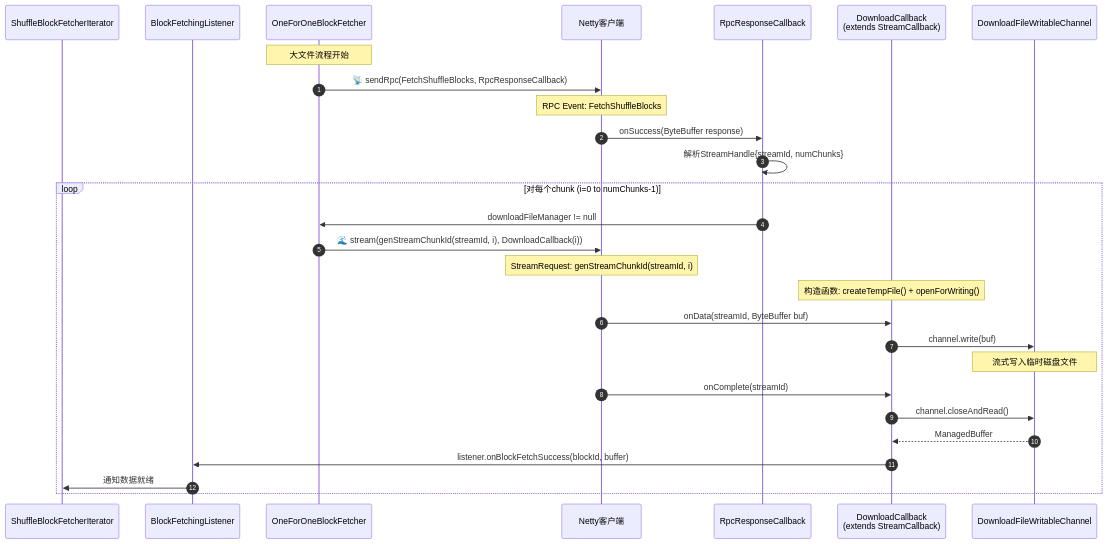
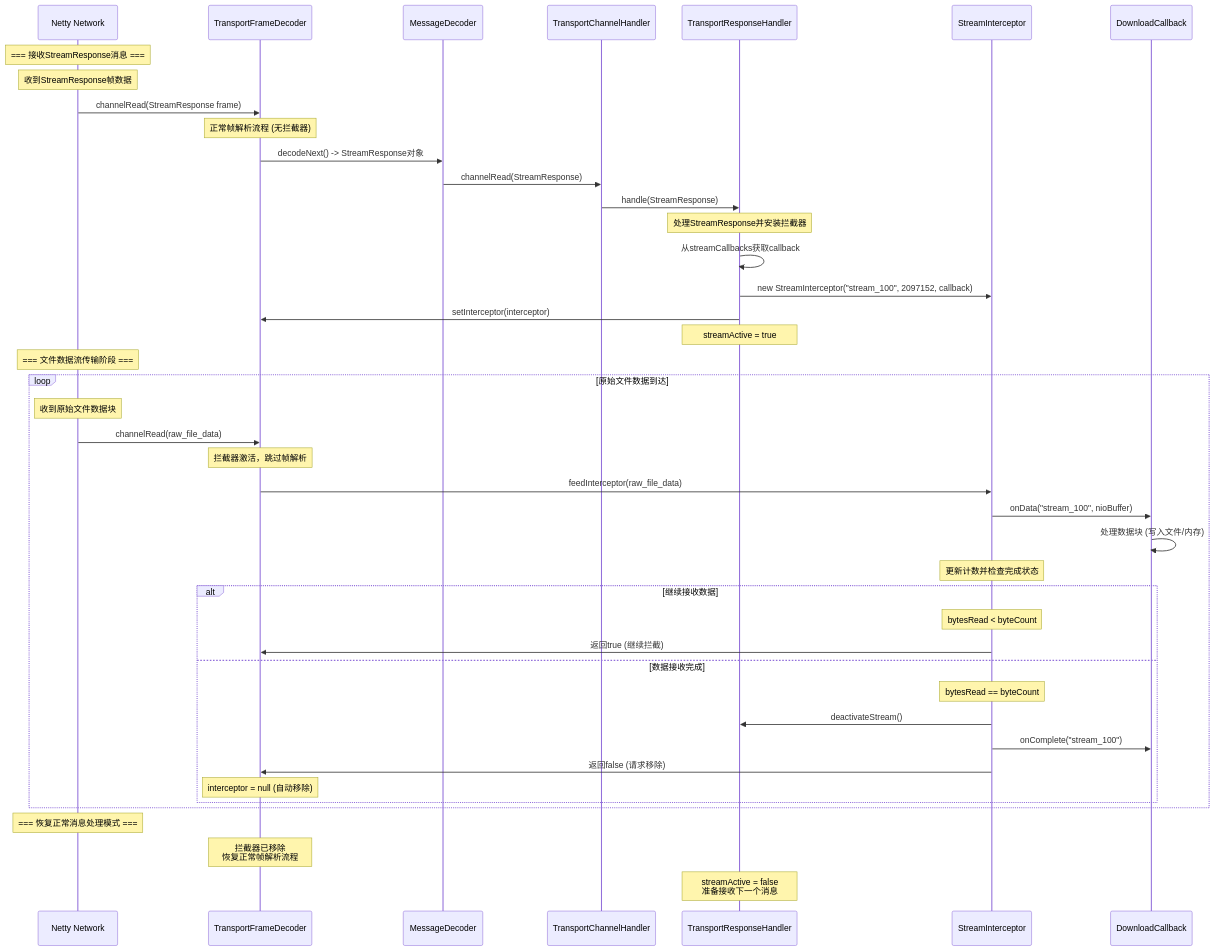
Before and after one commit to juntaozhang/juntaozhang.github.io: the eighth of 17 diagrams in spark/spark3.3.1/task_execution.md, drawn with Mermaid. The commit also changed other lines of this file, not shown here.

Commit message:
[spark] shuffle deep dive in netty

````diff
--- a/spark/spark3.3.1/task_execution.md
+++ b/spark/spark3.3.1/task_execution.md
@@ -685,37 +686,55 @@
 ```mermaid
-sequenceDiagram
-    autonumber
-    participant SBFI as ShuffleBlockFetcherIterator
-    participant BFL as BlockFetchingListener
-    participant OOFBF as OneForOneBlockFetcher
-    participant Client as Netty客户端
-    participant RpcCB as RpcResponseCallback
-    participant DownCB as DownloadCallback<br/>(extends StreamCallback)
-    participant Channel as DownloadFileWritableChannel
+  sequenceDiagram
+    participant Client as Netty Network
+    participant FrameDecoder as TransportFrameDecoder
+    participant MessageDecoder as MessageDecoder
+    participant ChannelHandler as TransportChannelHandler
+    participant ResponseHandler as TransportResponseHandler
+    participant Interceptor as StreamInterceptor
+    participant Callback as DownloadCallback
 
-    Note over OOFBF: 大文件流程开始
+    Note over Client: === 接收StreamResponse消息 ===
+    Note over Client: 收到StreamResponse帧数据
+    Client->>FrameDecoder: channelRead(StreamResponse frame)
 
-    %% 第一次交互：RPC获取StreamHandle
-    OOFBF->>Client: 📡 sendRpc(FetchShuffleBlocks, RpcResponseCallback)
-    Note over Client: RPC Event: FetchShuffleBlocks
-    Client->>RpcCB: onSuccess(ByteBuffer response)
-    RpcCB->>RpcCB: 解析StreamHandle{streamId, numChunks}
+    Note over FrameDecoder: 正常帧解析流程 (无拦截器)
+    FrameDecoder->>MessageDecoder: decodeNext() -> StreamResponse对象
+    MessageDecoder->>ChannelHandler: channelRead(StreamResponse)
+    ChannelHandler->>ResponseHandler: handle(StreamResponse)
 
-    %% 第二次交互：Stream数据传输
-    loop 对每个chunk (i=0 to numChunks-1)
-        RpcCB->>OOFBF: downloadFileManager != null
-        OOFBF->>Client: 🌊 stream(genStreamChunkId(streamId, i), DownloadCallback(i))
-        Note over Client: StreamRequest: genStreamChunkId(streamId, i)
-        Note over DownCB: 构造函数: createTempFile() + openForWriting()
+    Note over ResponseHandler: 处理StreamResponse并安装拦截器
+    ResponseHandler->>ResponseHandler: 从streamCallbacks获取callback
+    ResponseHandler->>Interceptor: new StreamInterceptor("stream_100", 2097152, callback)
+    ResponseHandler->>FrameDecoder: setInterceptor(interceptor)
+    Note over ResponseHandler: streamActive = true
 
-        Client->>DownCB: onData(streamId, ByteBuffer buf)
-        DownCB->>Channel: channel.write(buf)
-        Note over Channel: 流式写入临时磁盘文件
+    Note over Client: === 文件数据流传输阶段 ===
+    loop 原始文件数据到达
+        Note over Client: 收到原始文件数据块
+        Client->>FrameDecoder: channelRead(raw_file_data)
 
-        Client->>DownCB: onComplete(streamId)
-        DownCB->>Channel: channel.closeAndRead()
-        Channel-->>DownCB: ManagedBuffer
-        DownCB->>BFL: listener.onBlockFetchSuccess(blockId, buffer)
-        BFL->>SBFI: 通知数据就绪
+        Note over FrameDecoder: 拦截器激活，跳过帧解析
+        FrameDecoder->>Interceptor: feedInterceptor(raw_file_data)
+
+        Interceptor->>Callback: onData("stream_100", nioBuffer)
+
+        Callback->>Callback: 处理数据块 (写入文件/内存)
+
+        Note over Interceptor: 更新计数并检查完成状态
+
+        alt 继续接收数据
+            Note over Interceptor: bytesRead < byteCount
+            Interceptor->>FrameDecoder: 返回true (继续拦截)
+        else 数据接收完成
+            Note over Interceptor: bytesRead == byteCount
+            Interceptor->>ResponseHandler: deactivateStream()
+            Interceptor->>Callback: onComplete("stream_100")
+            Interceptor->>FrameDecoder: 返回false (请求移除)
+            Note over FrameDecoder: interceptor = null (自动移除)
+        end
     end
+
+    Note over Client: === 恢复正常消息处理模式 ===
+    Note over FrameDecoder: 拦截器已移除<br/>恢复正常帧解析流程
+    Note over ResponseHandler: streamActive = false<br/>准备接收下一个消息
 ```
````
